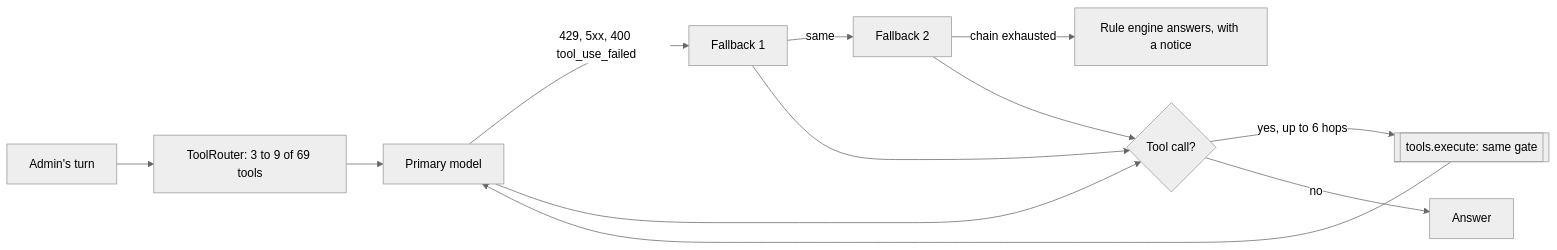
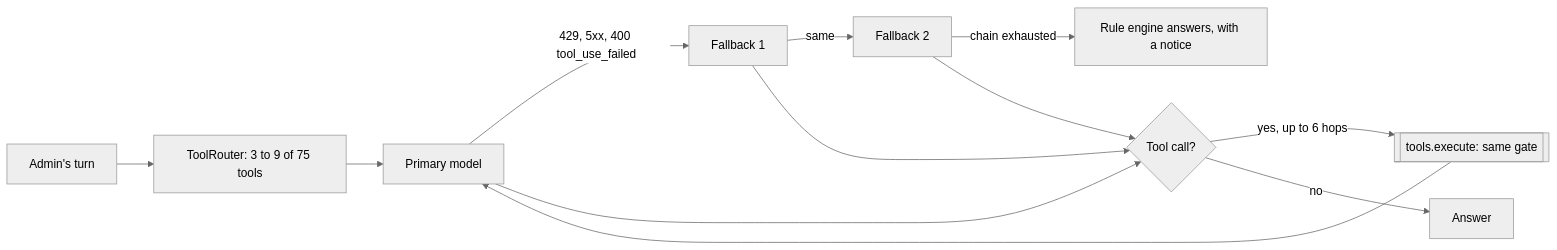
Before and after one commit to samprith02/VidyaERP: the first of 10 diagrams in README.md, drawn with Mermaid (neutral theme). The commit also changed other lines of this file and 25 other files, not shown here.

````diff
--- a/README.md
+++ b/README.md
@@ -182,13 +184,13 @@
 ```mermaid
 flowchart LR
-  Q[Admin's turn] --> TR[ToolRouter: 3 to 9 of 69 tools]
+  Q[Admin's turn] --> TR[ToolRouter: 3 to 9 of 75 tools]
   TR --> P[Primary model]
   P -->|429, 5xx, 400 tool_use_failed| F1[Fallback 1]
   F1 -->|same| F2[Fallback 2]
   F2 -->|chain exhausted| RE[Rule engine answers, with a notice]
   P --> H{Tool call?}
   F1 --> H
   F2 --> H
   H -->|yes, up to 6 hops| X[[tools.execute: same gate]] --> P
   H -->|no| A[Answer]
 ```
````
